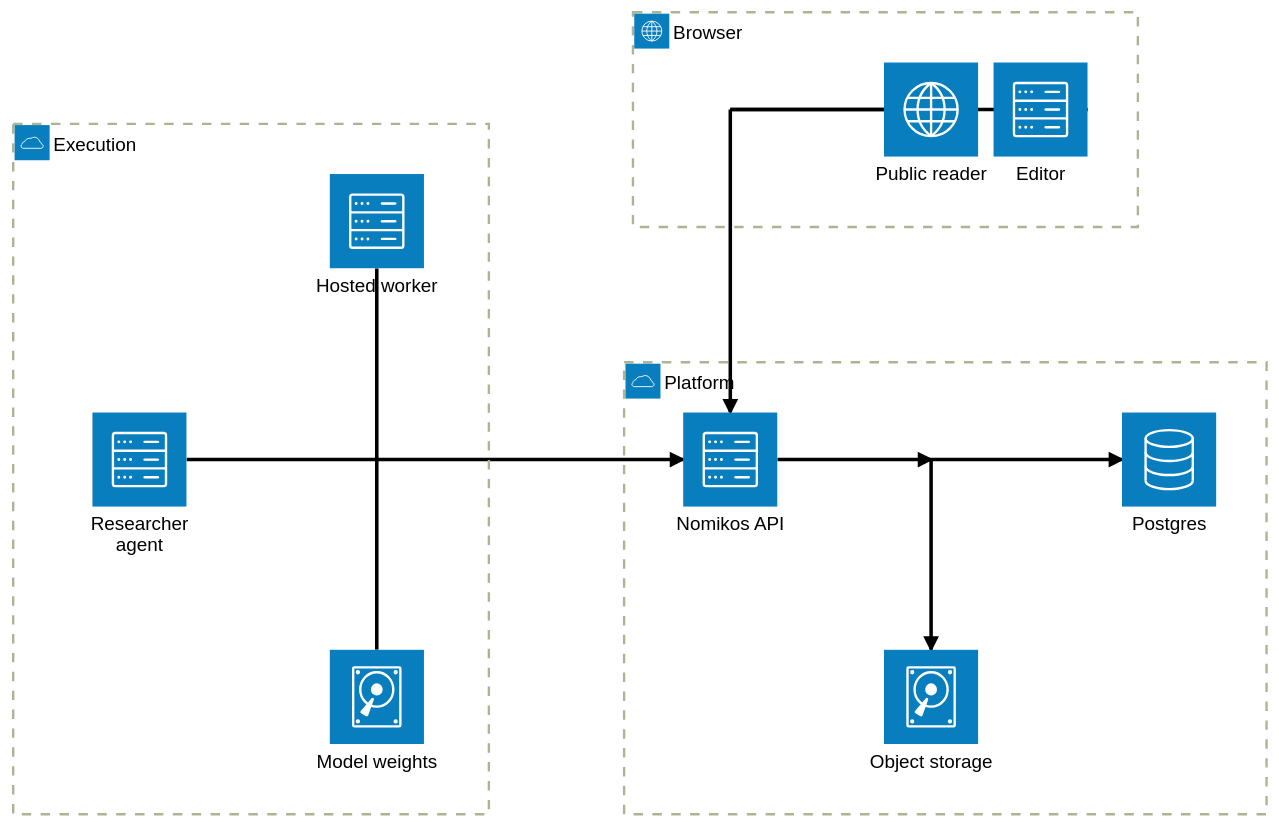
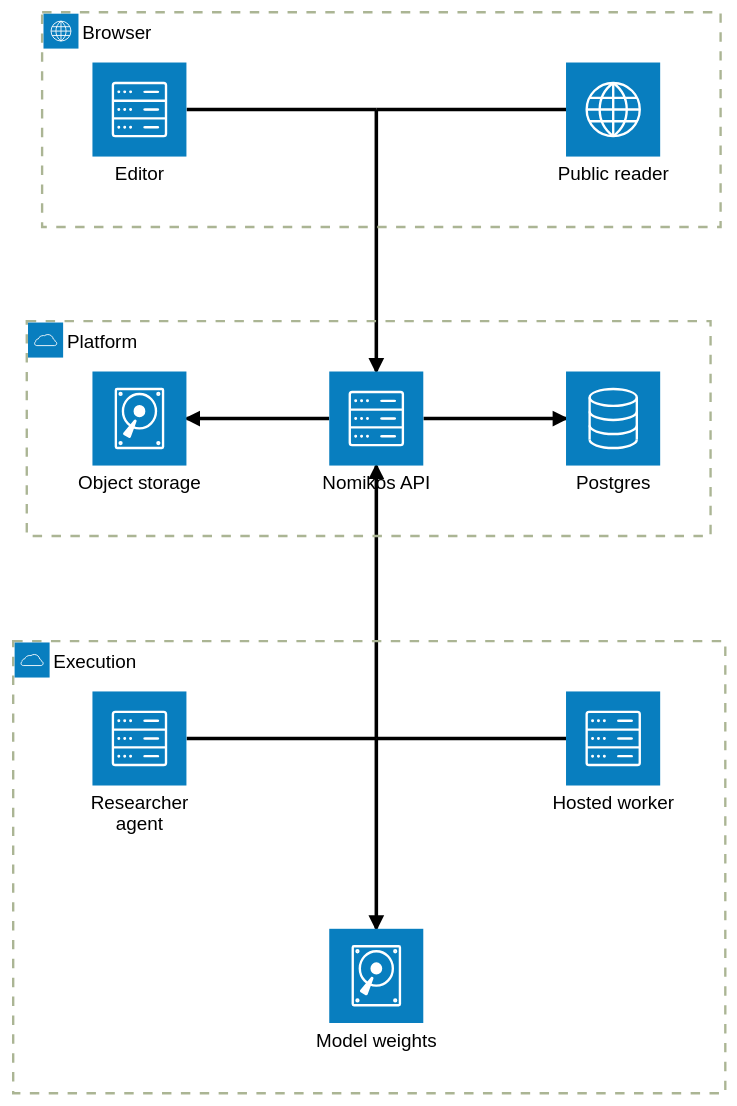
Before and after one commit to kkkamur07/greekOCR: the diagram in README.md, drawn with Mermaid (forest theme).

Commit message:
docs(readme): keep the vertical layout, which reads better than the fix
Routing execution into the API from the left did remove the caption crossing,
but it cost more than it bought: the Execution group stretched to half the
picture with three nodes rattling around in it, the browser edge became a
dogleg, and the crossing simply moved onto the hosted worker.

So the layout goes back to browser above, platform, execution below, and keeps
only the change that was unambiguously right: the junction legs are plain, so
no two arrowheads meet at a junction dot. The API keeps one caption crossing,
which is the price of being the one node every other group talks to.

````diff
--- a/README.md
+++ b/README.md
@@ -136,30 +136,28 @@
 ```mermaid
 architecture-beta
     group browser(internet)[Browser]
     service editor(server)[Editor] in browser
     service reader(internet)[Public reader] in browser
     junction clients in browser
 
     group platform(cloud)[Platform]
     service api(server)[Nomikos API] in platform
+    service blobs(disk)[Object storage] in platform
     service db(database)[Postgres] in platform
-    service blobs(disk)[Object storage] in platform
-    junction stores in platform
 
     group execution(cloud)[Execution]
     service agent(server)[Researcher agent] in execution
     service worker(server)[Hosted worker] in execution
     service models(disk)[Model weights] in execution
     junction hosts in execution
 
     editor:R -- L:clients
     reader:L -- R:clients
     clients:B --> T:api
-    api:R --> L:stores
-    stores:R --> L:db
-    stores:B --> T:blobs
+    api:L --> R:blobs
+    api:R --> L:db
     agent:R -- L:hosts
-    worker:B -- T:hosts
-    models:T -- B:hosts
-    hosts:R --> L:api
+    worker:L -- R:hosts
+    hosts:T --> B:api
+    hosts:B --> T:models
 ```
````
